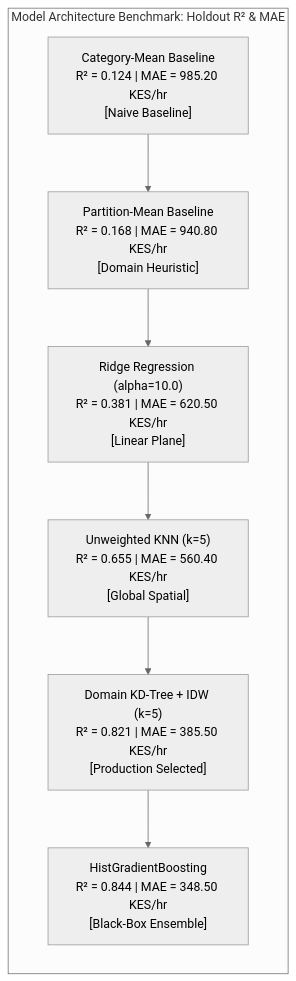
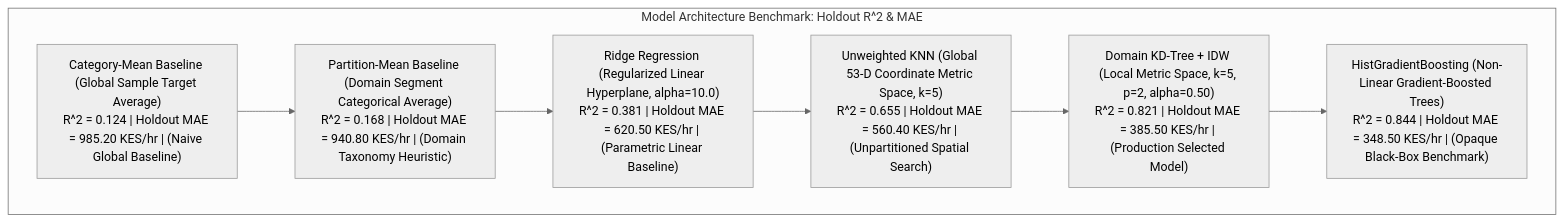
Before and after one commit to tyejaedon/Price-Optimization-Model: the seventh of 10 diagrams in docs/Chapter_5.md, drawn with Mermaid (neutral theme). The commit also changed other lines of this file and 15 other files, not shown here.

````diff
--- a/docs/Chapter_5.md
+++ b/docs/Chapter_5.md
@@ -450,13 +496,16 @@
 ```mermaid
-flowchart LR
-    subgraph Benchmarks["Model Architecture Benchmark: Holdout R² & MAE"]
-        M1["Category-Mean Baseline\nR² = 0.124 | MAE = 985.20 KES/hr\n[Naive Baseline]"]
-        M2["Partition-Mean Baseline\nR² = 0.168 | MAE = 940.80 KES/hr\n[Domain Heuristic]"]
-        M3["Ridge Regression (alpha=10.0)\nR² = 0.381 | MAE = 620.50 KES/hr\n[Linear Plane]"]
-        M4["Unweighted KNN (k=5)\nR² = 0.655 | MAE = 560.40 KES/hr\n[Global Spatial]"]
-        M5["Domain KD-Tree + IDW (k=5)\nR² = 0.821 | MAE = 385.50 KES/hr\n[Production Selected]"]
-        M6["HistGradientBoosting\nR² = 0.844 | MAE = 348.50 KES/hr\n[Black-Box Ensemble]"]
+flowchart TD
+    subgraph Benchmarks[" Model Architecture Benchmark: Holdout R^2 & MAE "]
+        M1["Category-Mean Baseline (Global Sample Target Average)\nR^2 = 0.124 | Holdout MAE = 985.20 KES/hr | (Naive Global Baseline)"]
+        M2["Partition-Mean Baseline (Domain Segment Categorical Average)\nR^2 = 0.168 | Holdout MAE = 940.80 KES/hr | (Domain Taxonomy Heuristic)"]
+        M3["Ridge Regression (Regularized Linear Hyperplane, alpha=10.0)\nR^2 = 0.381 | Holdout MAE = 620.50 KES/hr | (Parametric Linear Baseline)"]
+        M4["Unweighted KNN (Global 53-D Coordinate Metric Space, k=5)\nR^2 = 0.655 | Holdout MAE = 560.40 KES/hr | (Unpartitioned Spatial Search)"]
+        M5["Domain KD-Tree + IDW (Local Metric Space, k=5, p=2, alpha=0.50)\nR^2 = 0.821 | Holdout MAE = 385.50 KES/hr | (Production Selected Model)"]
+        M6["HistGradientBoosting (Non-Linear Gradient-Boosted Trees)\nR^2 = 0.844 | Holdout MAE = 348.50 KES/hr | (Opaque Black-Box Benchmark)"]
     end
-
-    M1 --> M2 --> M3 --> M4 --> M5 --> M6
+    M1 --> M2
+    M2 --> M3
+    M3 --> M4
+    M4 --> M5
+    M5 --> M6
 ```
````
